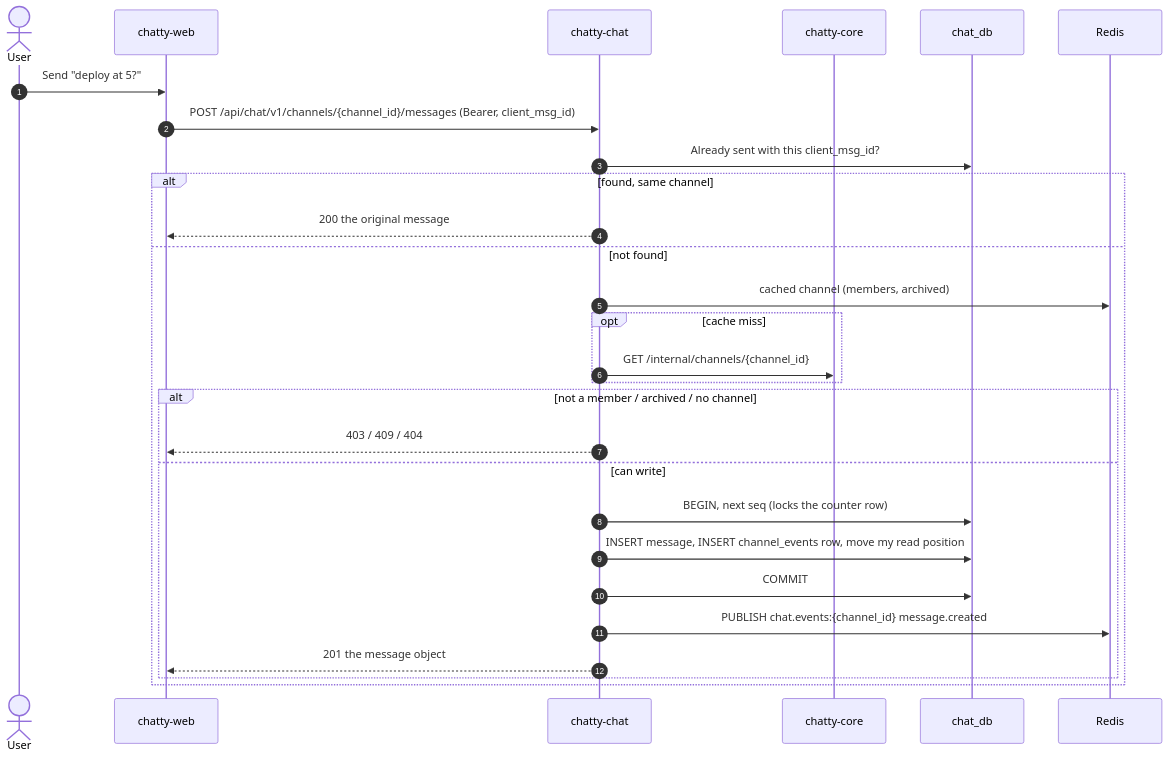
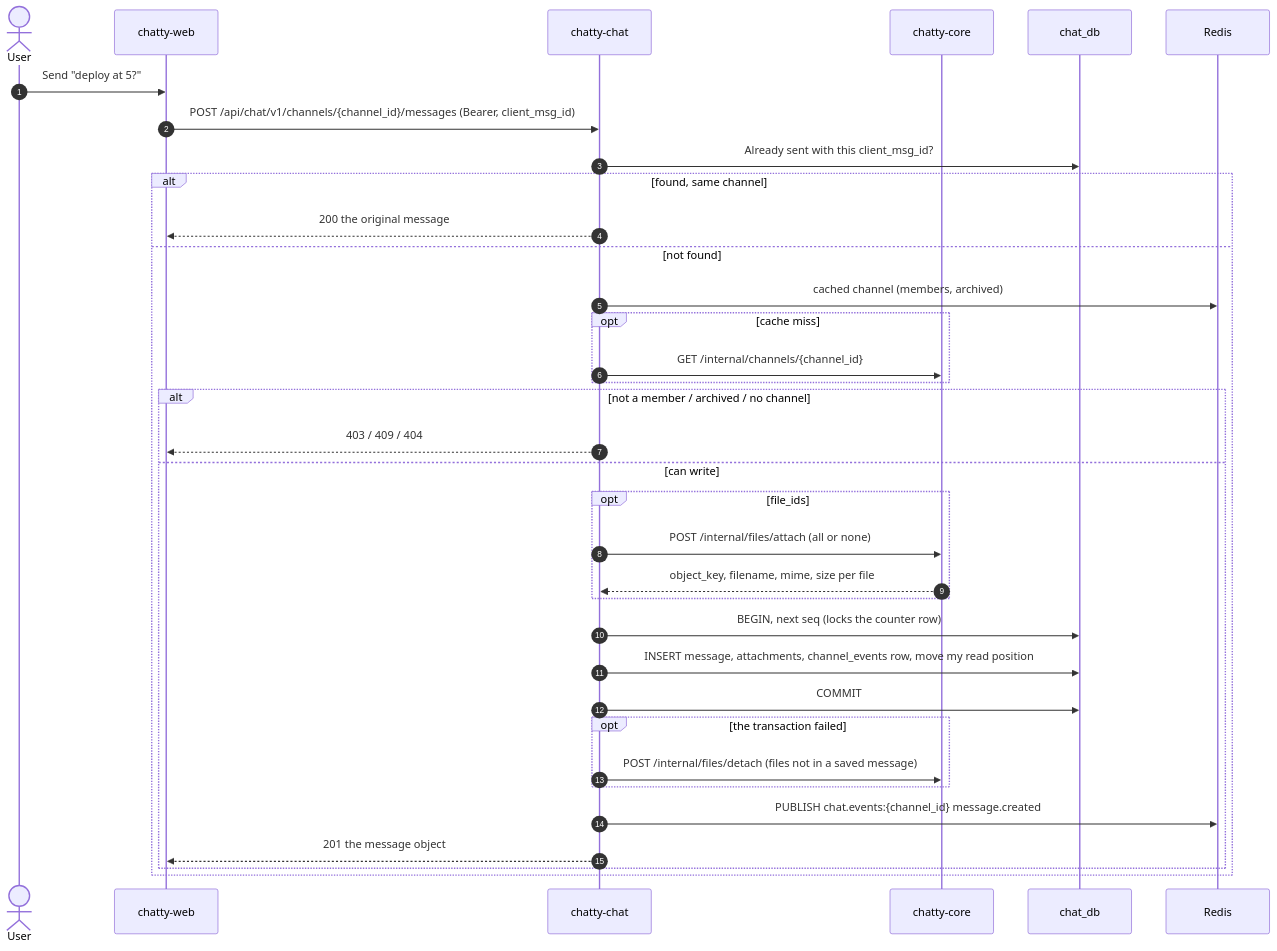
One commit to Chatty4/chatty-docs changed the diagram in architecture/flows/send-message.md. Above: the diagram before and after it, drawn with Mermaid. The commit also changed other lines of this file and 5 other files, not shown here.

````diff
--- a/architecture/flows/send-message.md
+++ b/architecture/flows/send-message.md
@@ -11,31 +12,38 @@
 ```mermaid
 sequenceDiagram
     autonumber
     actor U as User
     participant W as chatty-web
     participant H as chatty-chat
     participant C as chatty-core
     participant DB as chat_db
     participant R as Redis
 
     U->>W: Send "deploy at 5?"
     W->>H: POST /api/chat/v1/channels/{channel_id}/messages (Bearer, client_msg_id)
     H->>DB: Already sent with this client_msg_id?
     alt found, same channel
         H-->>W: 200 the original message
     else not found
         H->>R: cached channel (members, archived)
         opt cache miss
             H->>C: GET /internal/channels/{channel_id}
         end
         alt not a member / archived / no channel
             H-->>W: 403 / 409 / 404
         else can write
+            opt file_ids
+                H->>C: POST /internal/files/attach (all or none)
+                C-->>H: object_key, filename, mime, size per file
+            end
             H->>DB: BEGIN, next seq (locks the counter row)
-            H->>DB: INSERT message, INSERT channel_events row, move my read position
+            H->>DB: INSERT message, attachments, channel_events row, move my read position
             H->>DB: COMMIT
+            opt the transaction failed
+                H->>C: POST /internal/files/detach (files not in a saved message)
+            end
             H->>R: PUBLISH chat.events:{channel_id} message.created
             H-->>W: 201 the message object
         end
     end
 ```
````
